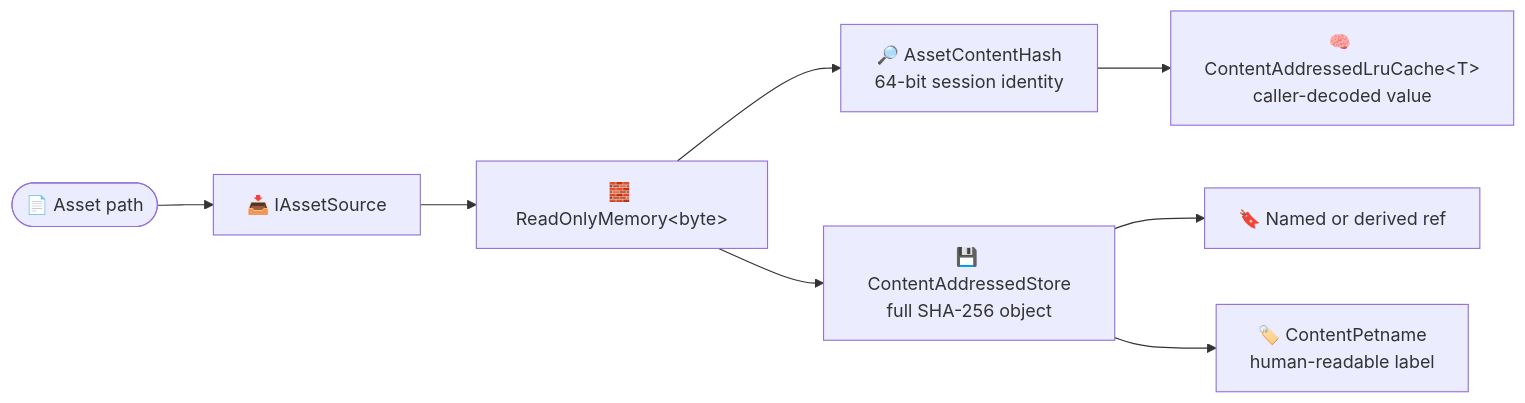
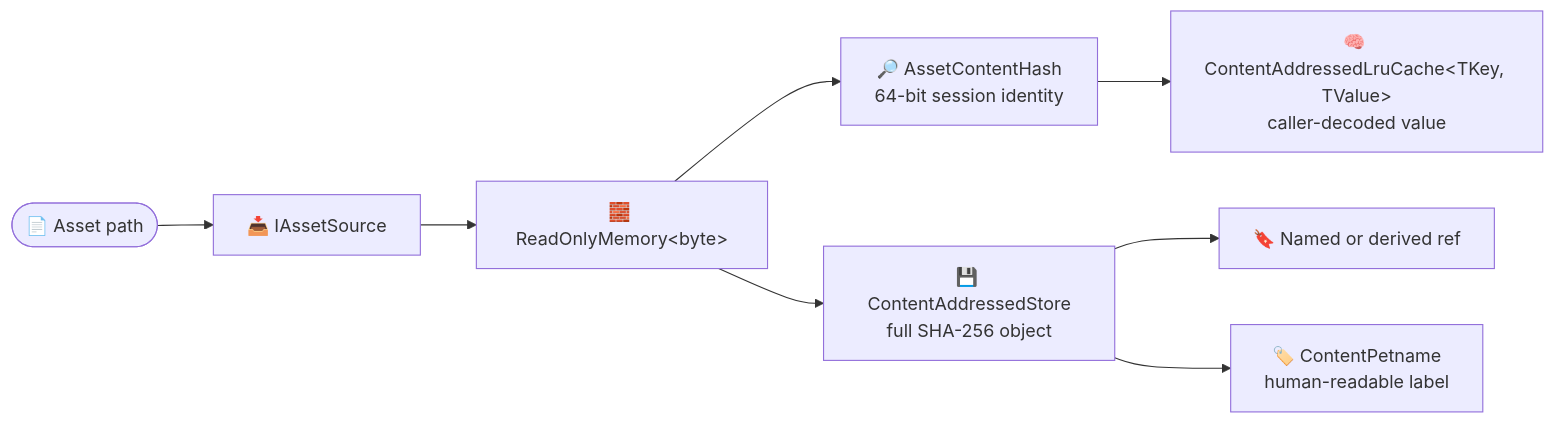
Before and after one commit to ByteTerrace/Puck: the diagram in docs/reference/assets.md, drawn with Mermaid. The commit also changed other lines of this file and 42 other files, not shown here.

````diff
--- a/docs/reference/assets.md
+++ b/docs/reference/assets.md
@@ -89,10 +89,10 @@
 ```mermaid
 flowchart LR
     Path(["📄 Asset path"]) --> Source["📥 IAssetSource"]
     Source --> Bytes["🧱 ReadOnlyMemory&lt;byte&gt;"]
     Bytes --> SessionHash["🔎 AssetContentHash<br/>64-bit session identity"]
-    SessionHash --> Cache["🧠 ContentAddressedLruCache&lt;T&gt;<br/>caller-decoded value"]
+    SessionHash --> Cache["🧠 ContentAddressedLruCache&lt;TKey, TValue&gt;<br/>caller-decoded value"]
     Bytes --> Store["💾 ContentAddressedStore<br/>full SHA-256 object"]
     Store --> Ref["🔖 Named or derived ref"]
     Store --> Petname["🏷️ ContentPetname<br/>human-readable label"]
 ```
````
